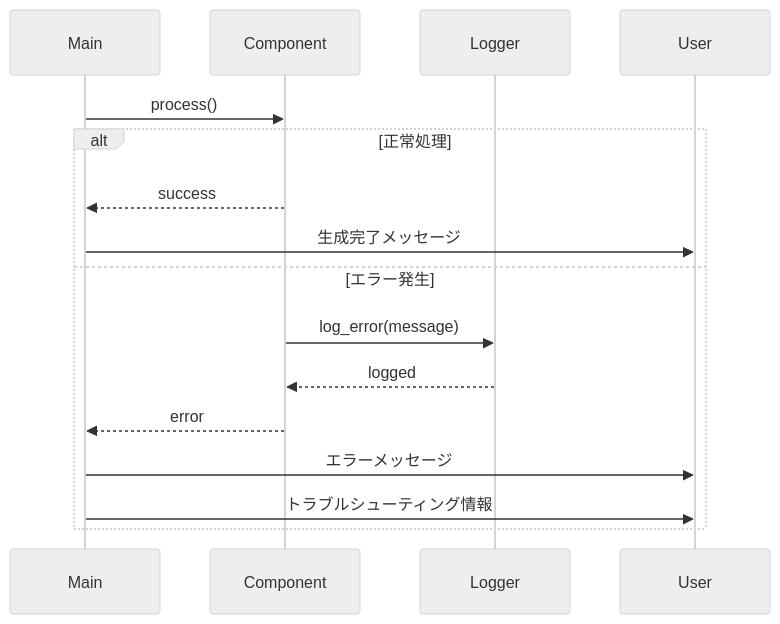
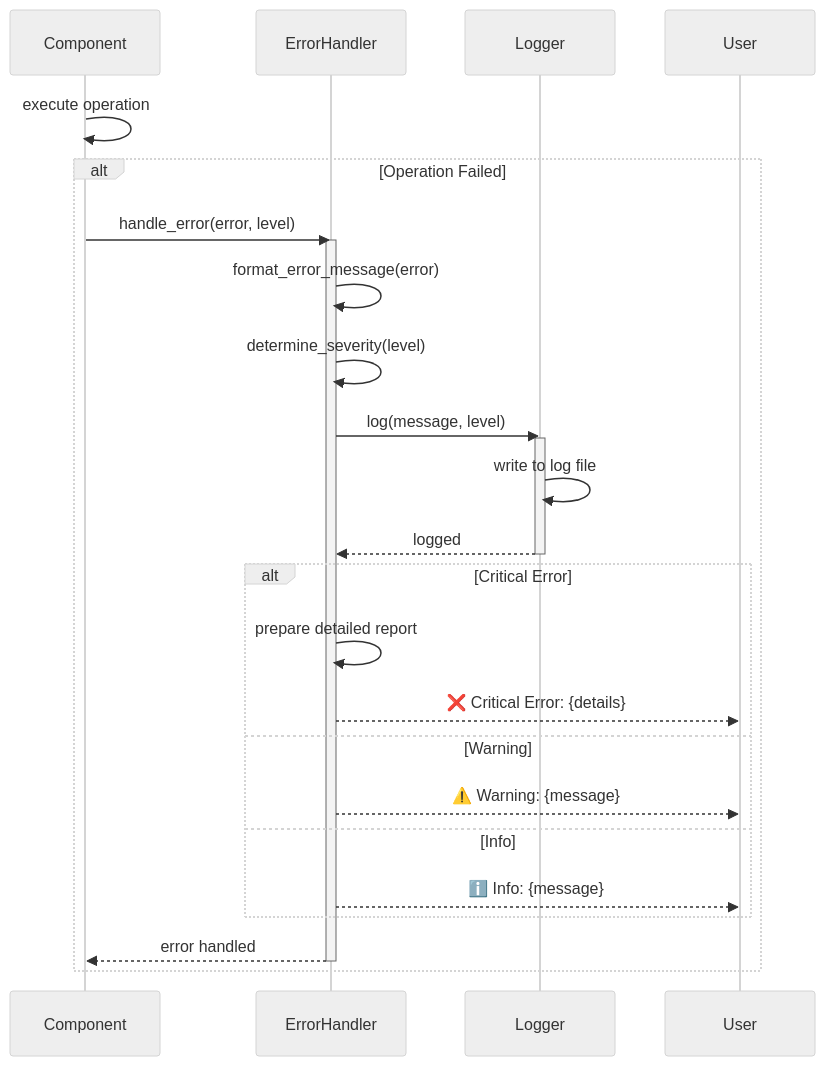
The tenth of 11 diagrams in doc/design_sequence_diagram.md (ryu5791/AutoUniTestGen), drawn with Mermaid (neutral theme) before and after one commit. The commit also changed other lines of this file and 6 other files, not shown here.

````diff
--- a/doc/design_sequence_diagram.md
+++ b/doc/design_sequence_diagram.md
@@ -444,20 +505,35 @@
 ```mermaid
 sequenceDiagram
-    participant Main
     participant Component
+    participant ErrorHandler
     participant Logger
     participant User
     
-    Main->>Component: process()
+    Component->>Component: execute operation
     
-    alt 正常処理
-        Component-->>Main: success
-        Main->>User: 生成完了メッセージ
-    else エラー発生
-        Component->>Logger: log_error(message)
-        Logger-->>Component: logged
-        Component-->>Main: error
-        Main->>User: エラーメッセージ
-        Main->>User: トラブルシューティング情報
+    alt Operation Failed
+        Component->>ErrorHandler: handle_error(error, level)
+        activate ErrorHandler
+        
+        ErrorHandler->>ErrorHandler: format_error_message(error)
+        ErrorHandler->>ErrorHandler: determine_severity(level)
+        
+        ErrorHandler->>Logger: log(message, level)
+        activate Logger
+        Logger->>Logger: write to log file
+        Logger-->>ErrorHandler: logged
+        deactivate Logger
+        
+        alt Critical Error
+            ErrorHandler->>ErrorHandler: prepare detailed report
+            ErrorHandler-->>User: ❌ Critical Error: {details}
+        else Warning
+            ErrorHandler-->>User: ⚠️ Warning: {message}
+        else Info
+            ErrorHandler-->>User: ℹ️ Info: {message}
+        end
+        
+        ErrorHandler-->>Component: error handled
+        deactivate ErrorHandler
     end
 ```
````
